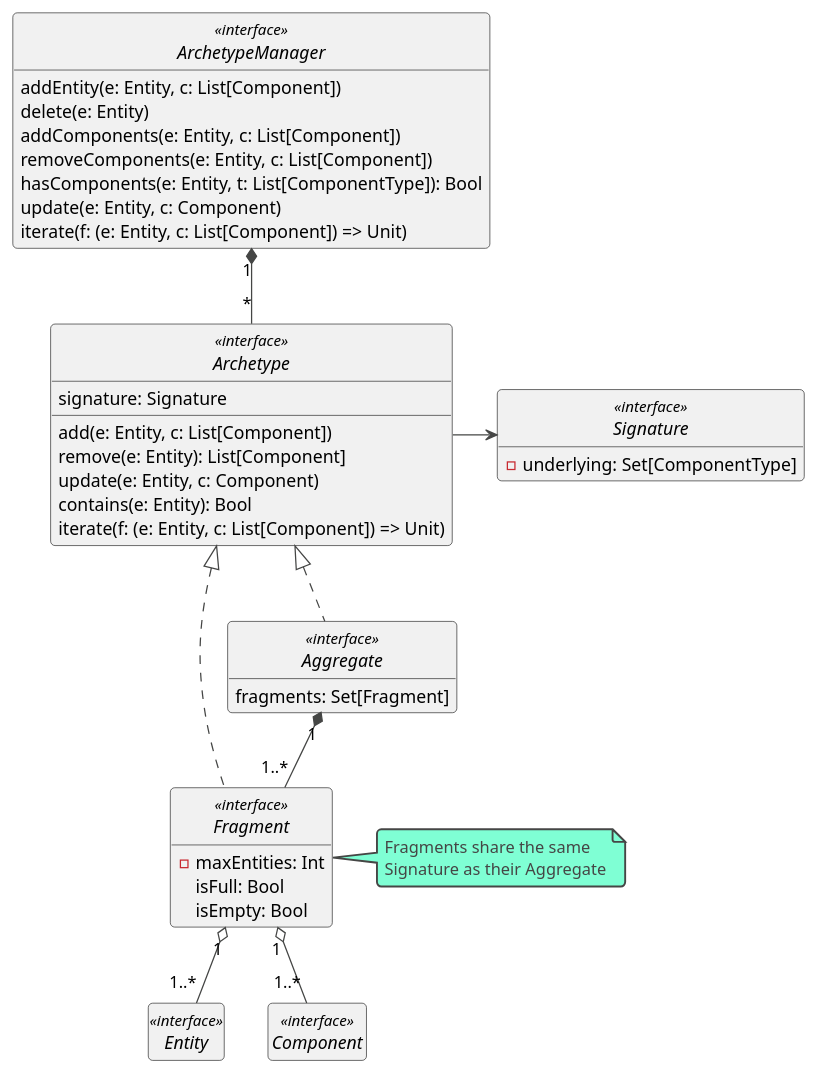
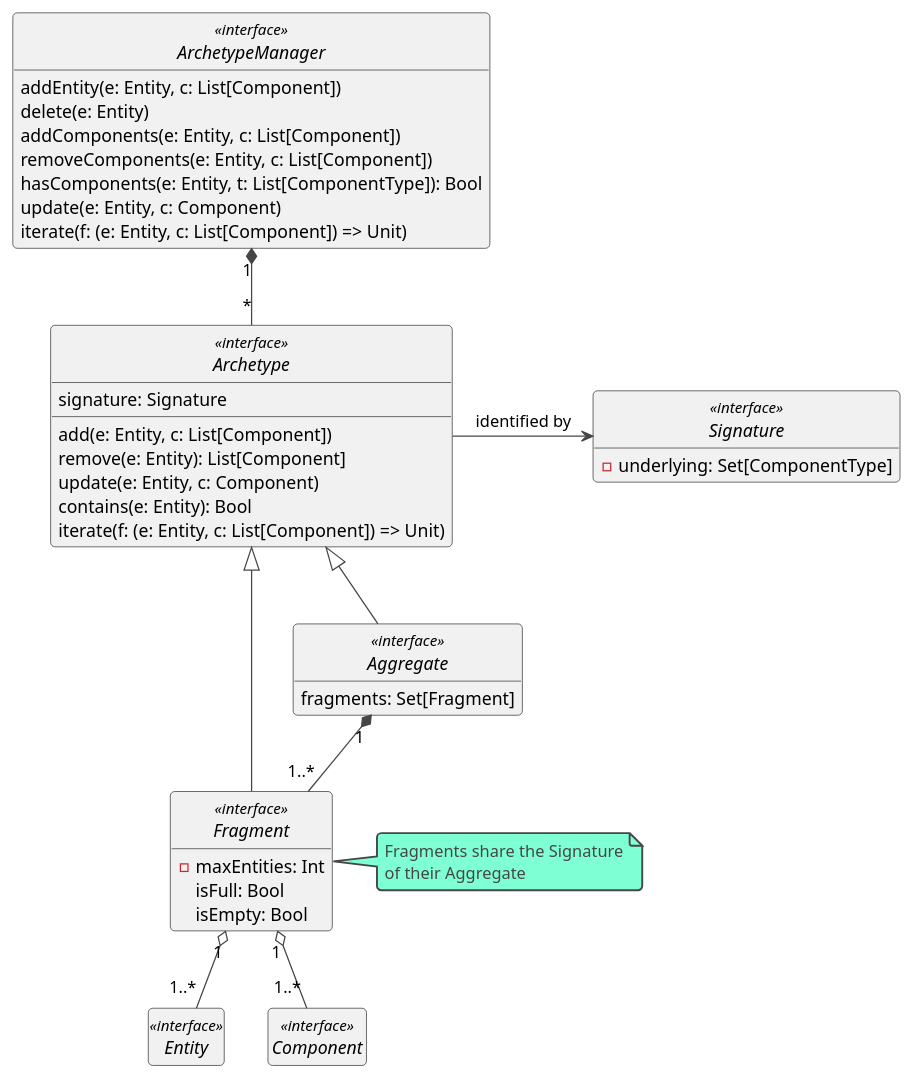
The diagram in docs/diagrams/src/3_archetype.wsd (Remisse/ecscalibur), drawn with PlantUML before and after one commit. The commit also changed 88 other files, not shown here.

```diff
--- a/docs/diagrams/src/3_archetype.wsd
+++ b/docs/diagrams/src/3_archetype.wsd
@@ -1,55 +1,55 @@
 @startuml
 
 !theme vibrant
 
 interface Archetype <<interface>> {
   signature: Signature
   add(e: Entity, c: List[Component])
   remove(e: Entity): List[Component]
   update(e: Entity, c: Component)
   contains(e: Entity): Bool
   iterate(f: (e: Entity, c: List[Component]) => Unit)
 }
 
 interface Aggregate <<interface>> {
   fragments: Set[Fragment]
 }
 
 interface Fragment <<interface>> {
   -maxEntities: Int
   isFull: Bool
   isEmpty: Bool
 }
 
 interface ArchetypeManager <<interface>> {
   addEntity(e: Entity, c: List[Component])
   delete(e: Entity)
   addComponents(e: Entity, c: List[Component])
   removeComponents(e: Entity, c: List[Component])
   hasComponents(e: Entity, t: List[ComponentType]): Bool
   update(e: Entity, c: Component)
   iterate(f: (e: Entity, c: List[Component]) => Unit)
 }
 
 interface Signature <<interface>> {
   -underlying: Set[ComponentType]
 }
 
 interface Entity <<interface>>
 interface Component <<interface>>
 
 ArchetypeManager "1" *-- "*" Archetype
-Archetype <|.. Aggregate
-Archetype <|.. Fragment
-Archetype -> Signature
+Archetype <|-- Aggregate
+Archetype <|-- Fragment
+Archetype -> Signature : identified by
 Aggregate "1" *-- "1..*" Fragment
 Fragment "1" o-- "1..*" Entity
 Fragment "1" o-- "1..*" Component
 
-note "Fragments share the same\nSignature as their Aggregate" as N1
+note "Fragments share the Signature\nof their Aggregate" as N1
 Fragment . N1
 
 hide empty members
 hide interface circle
 
 @enduml
```
